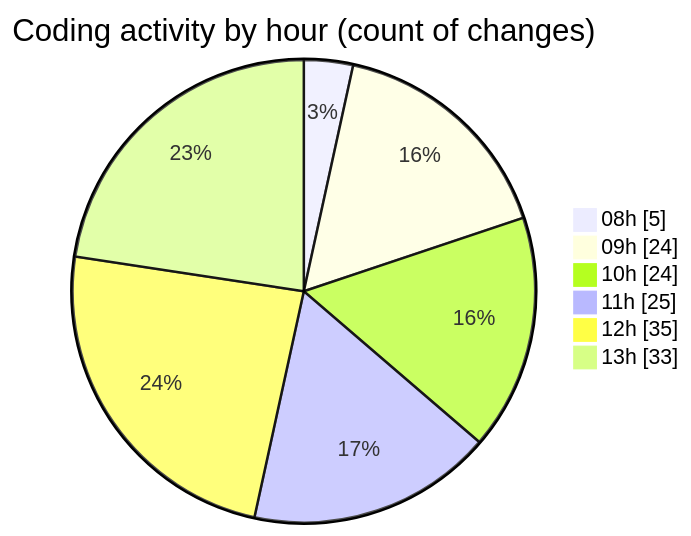
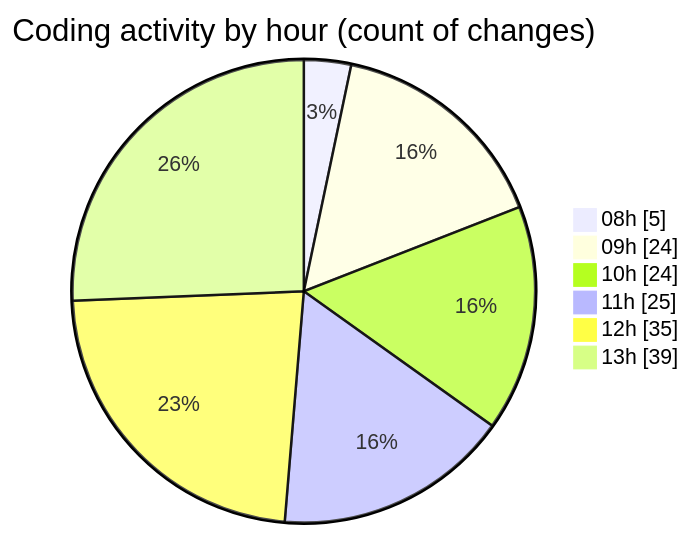
Before and after one commit to momahboobian/code-tracking: the second of 2 diagrams in 2025-11-24/cda/README.md, drawn with Mermaid. The commit also changed other lines of this file and 1 other file, not shown here.

````diff
--- a/2025-11-24/cda/README.md
+++ b/2025-11-24/cda/README.md
@@ -41,10 +42,10 @@
 ```mermaid
 pie showData
 title Coding activity by hour (count of changes)
 "08h" : 5
 "09h" : 24
 "10h" : 24
 "11h" : 25
 "12h" : 35
-"13h" : 33
+"13h" : 39
 ```
````
